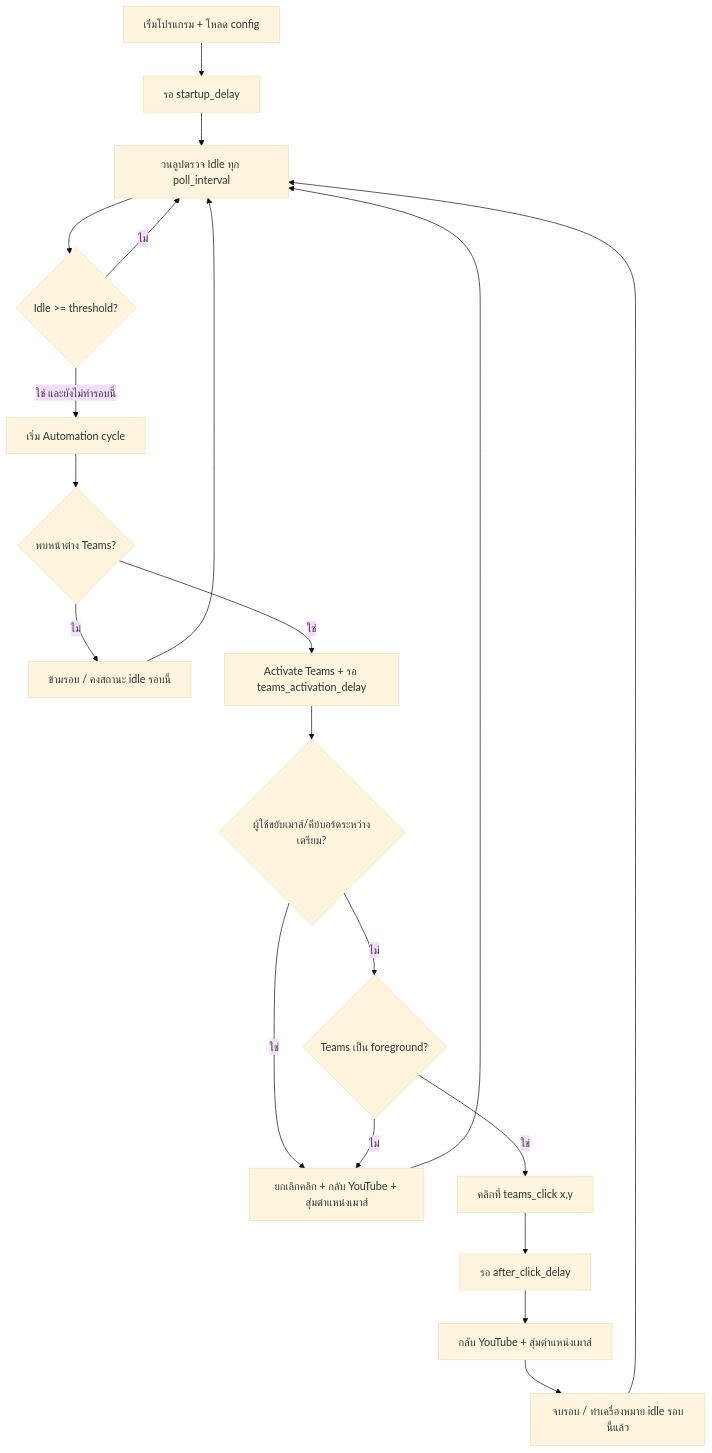
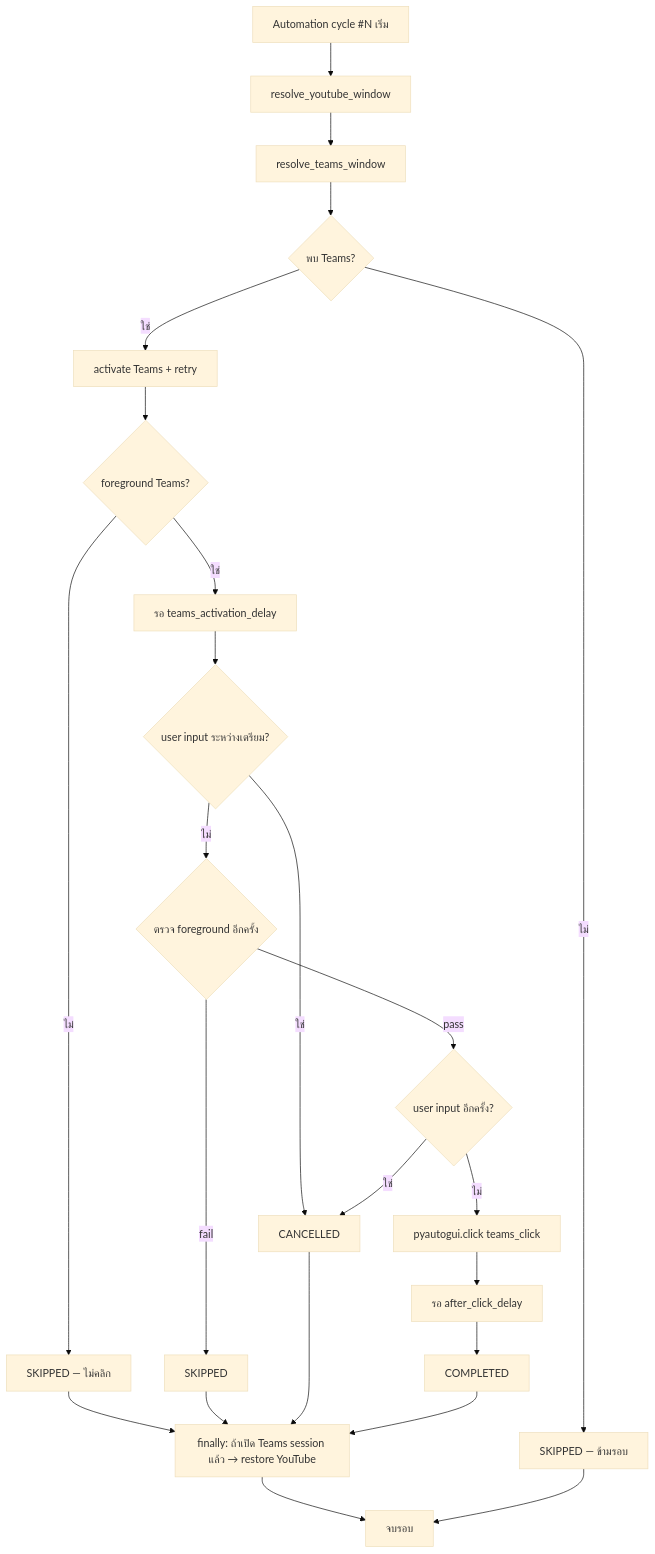
The second of 5 diagrams in README.md (JmjBank/Moving-Mouse), drawn with Mermaid (base theme) before and after one commit. The commit also changed other lines of this file, not shown here.

First line of the commit message:
Document full application flow in README.md

````diff
--- a/README.md
+++ b/README.md
@@ -37,22 +90,27 @@
 ```mermaid
 flowchart TD
-    A[เริ่มโปรแกรม + โหลด config] --> B[รอ startup_delay]
-    B --> C[วนลูปตรวจ Idle ทุก poll_interval]
-    C --> D{Idle >= threshold?}
-    D -->|ไม่| C
-    D -->|ใช่ และยังไม่ทำรอบนี้| E[เริ่ม Automation cycle]
-    E --> F{พบหน้าต่าง Teams?}
-    F -->|ไม่| G[ข้ามรอบ / คงสถานะ idle รอบนี้]
-    F -->|ใช่| H[Activate Teams + รอ teams_activation_delay]
-    H --> I{ผู้ใช้ขยับเมาส์/คีย์บอร์ดระหว่างเตรียม?}
-    I -->|ใช่| J[ยกเลิกคลิก + กลับ YouTube + สุ่มตำแหน่งเมาส์]
-    I -->|ไม่| K{Teams เป็น foreground?}
-    K -->|ไม่| J
-    K -->|ใช่| L[คลิกที่ teams_click x,y]
-    L --> M[รอ after_click_delay]
-    M --> N[กลับ YouTube + สุ่มตำแหน่งเมาส์]
-    N --> O[จบรอบ / ทำเครื่องหมาย idle รอบนี้แล้ว]
-    G --> C
-    J --> C
-    O --> C
+    A[Automation cycle #N เริ่ม] --> B[resolve_youtube_window]
+    B --> C[resolve_teams_window]
+    C --> D{พบ Teams?}
+    D -->|ไม่| SKIP1[SKIPPED — ข้ามรอบ]
+    D -->|ใช่| E[activate Teams + retry]
+    E --> F{foreground Teams?}
+    F -->|ไม่| SKIP2[SKIPPED — ไม่คลิก]
+    F -->|ใช่| G[รอ teams_activation_delay]
+    G --> H{user input ระหว่างเตรียม?}
+    H -->|ใช่| CAN[ CANCELLED ]
+    H -->|ไม่| I{ตรวจ foreground อีกครั้ง}
+    I -->|fail| SKIP3[SKIPPED]
+    I -->|pass| J{user input อีกครั้ง?}
+    J -->|ใช่| CAN
+    J -->|ไม่| K[pyautogui.click teams_click]
+    K --> L[รอ after_click_delay]
+    L --> DONE[COMPLETED]
+    SKIP2 --> FIN
+    SKIP3 --> FIN
+    CAN --> FIN
+    DONE --> FIN
+    FIN[finally: ถ้าเปิด Teams session แล้ว → restore YouTube]
+    FIN --> END[จบรอบ]
+    SKIP1 --> END
 ```
````
